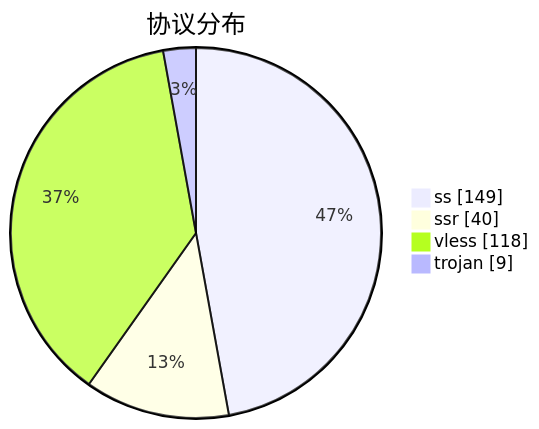
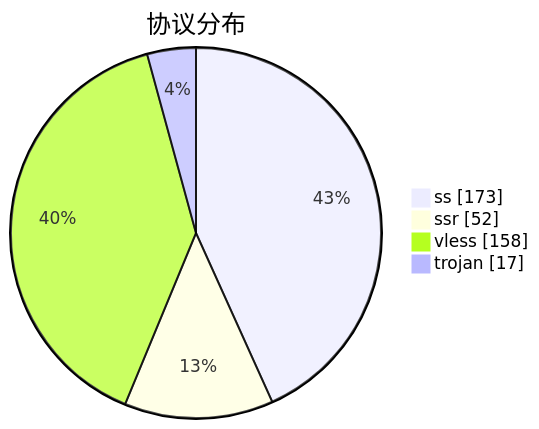
One commit to qjlxg/airport changed the third of 3 diagrams in subs/statistics/tested_within.md. Above: the diagram before and after it, drawn with Mermaid. The commit also changed other lines of this file and 2 other files, not shown here.

````diff
--- a/subs/statistics/tested_within.md
+++ b/subs/statistics/tested_within.md
@@ -18,8 +18,8 @@
 ```mermaid
 pie showData
 title 协议分布
-"ss" : 149
-"ssr" : 40
-"vless" : 118
-"trojan" : 9
+"ss" : 173
+"ssr" : 52
+"vless" : 158
+"trojan" : 17
 ```
````
